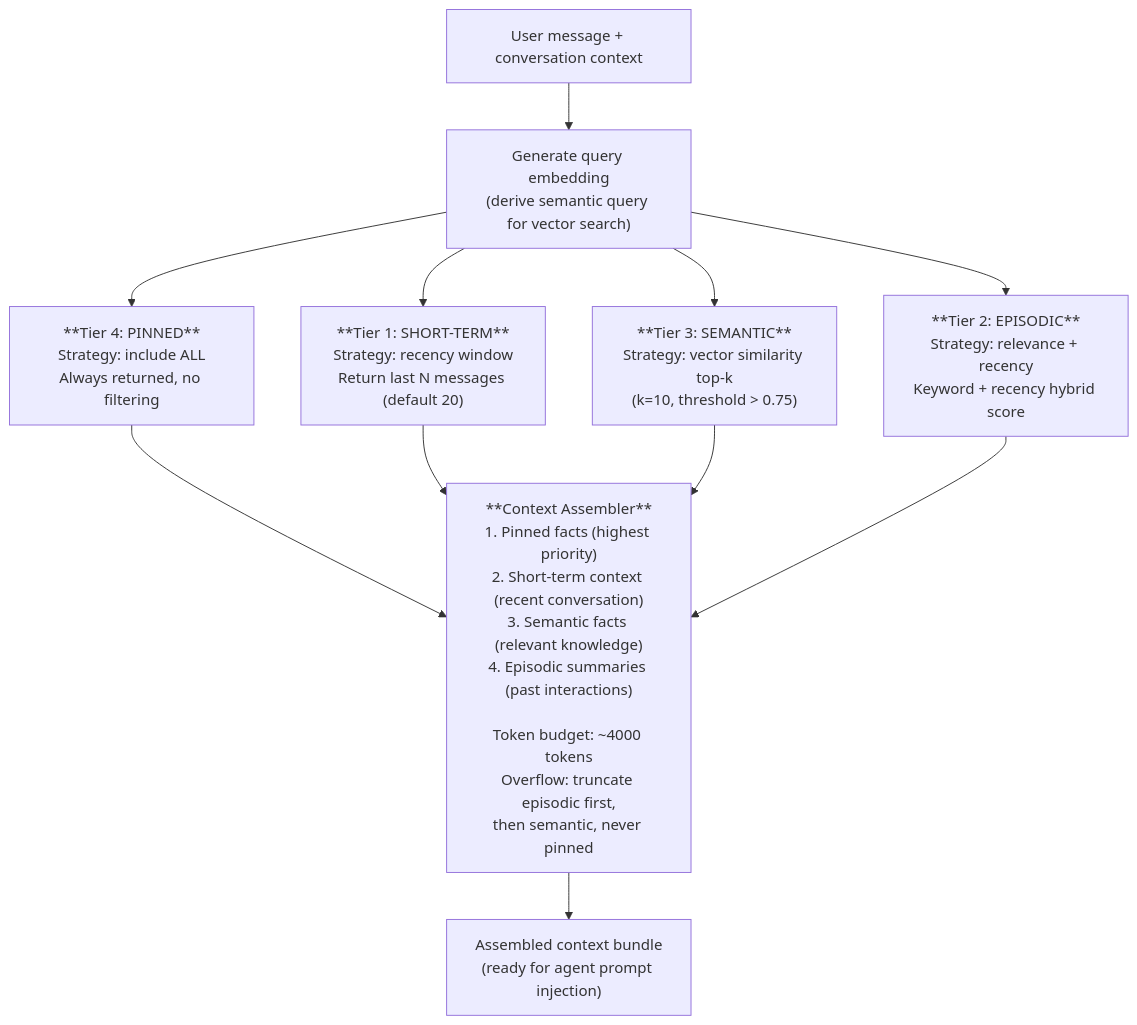
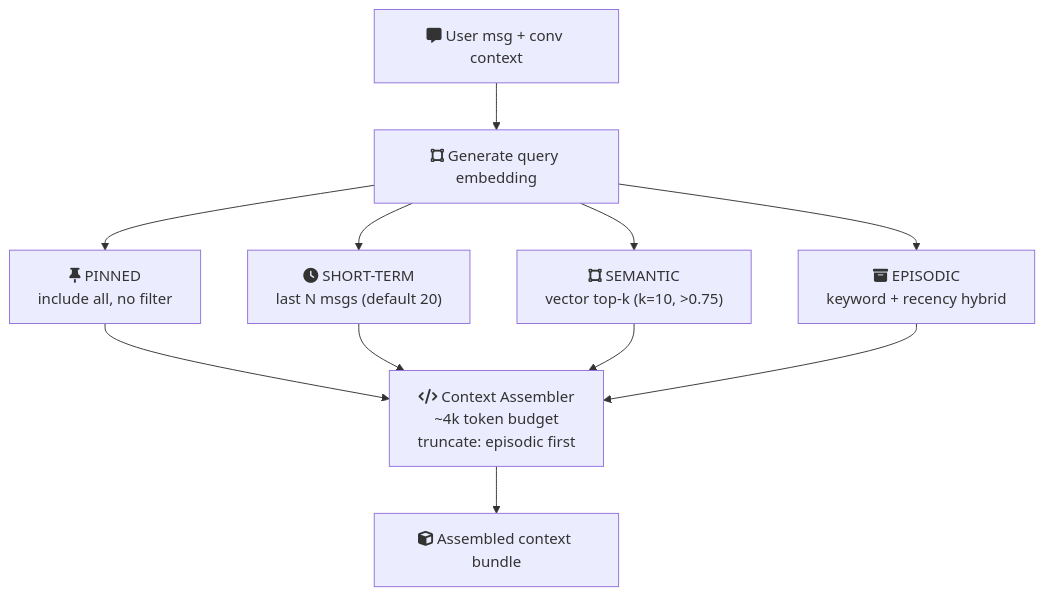
One commit to alilibx/ecqo changed the second of 7 diagrams in docs/flows/memory-pipeline.md. Above: the diagram before and after it, drawn with Mermaid. The commit also changed other lines of this file and 23 other files, not shown here.

````diff
--- a/docs/flows/memory-pipeline.md
+++ b/docs/flows/memory-pipeline.md
@@ -54,16 +91,16 @@
 ```mermaid
 flowchart TD
-    INPUT["User message + conversation context"] --> EMBED["Generate query embedding<br/>(derive semantic query for vector search)"]
+    INPUT["fa:fa-message User msg + conv context"] --> EMBED["fa:fa-vector-square Generate query embedding"]
 
-    EMBED --> T4["**Tier 4: PINNED**<br/>Strategy: include ALL<br/>Always returned, no filtering"]
-    EMBED --> T1["**Tier 1: SHORT-TERM**<br/>Strategy: recency window<br/>Return last N messages (default 20)"]
-    EMBED --> T3["**Tier 3: SEMANTIC**<br/>Strategy: vector similarity top-k<br/>(k=10, threshold > 0.75)"]
-    EMBED --> T2["**Tier 2: EPISODIC**<br/>Strategy: relevance + recency<br/>Keyword + recency hybrid score"]
+    EMBED --> T4["fa:fa-thumbtack PINNED<br/>include all, no filter"]
+    EMBED --> T1["fa:fa-clock SHORT-TERM<br/>last N msgs (default 20)"]
+    EMBED --> T3["fa:fa-vector-square SEMANTIC<br/>vector top-k (k=10, >0.75)"]
+    EMBED --> T2["fa:fa-box-archive EPISODIC<br/>keyword + recency hybrid"]
 
-    T4 --> ASM["**Context Assembler**<br/>1. Pinned facts (highest priority)<br/>2. Short-term context (recent conversation)<br/>3. Semantic facts (relevant knowledge)<br/>4. Episodic summaries (past interactions)<br/><br/>Token budget: ~4000 tokens<br/>Overflow: truncate episodic first,<br/>then semantic, never pinned"]
+    T4 --> ASM["fa:fa-code Context Assembler<br/>~4k token budget<br/>truncate: episodic first"]
     T1 --> ASM
     T3 --> ASM
     T2 --> ASM
 
-    ASM --> BUNDLE["Assembled context bundle<br/>(ready for agent prompt injection)"]
+    ASM --> BUNDLE["fa:fa-cube Assembled context bundle"]
 ```
````
